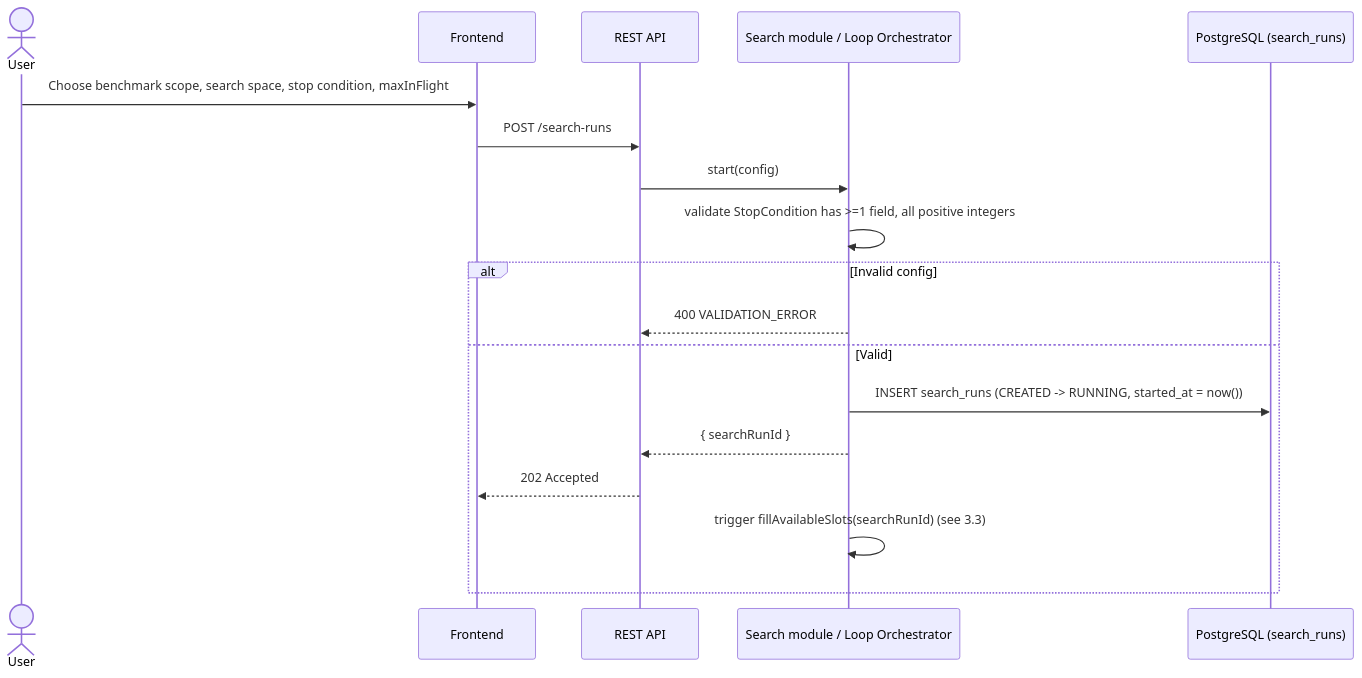
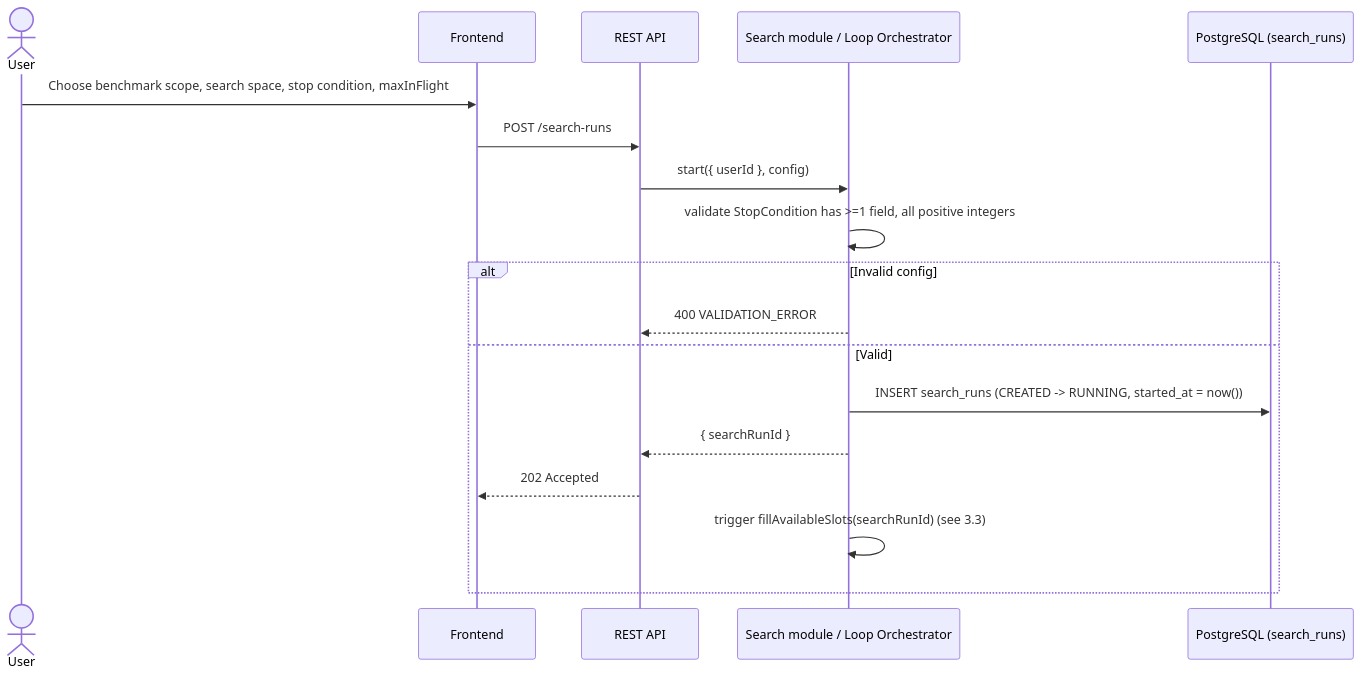
The first of 9 diagrams in openspec/specs/search-spec.md (thanhdatttt/Cryptox), drawn with Mermaid before and after one commit. The commit also changed other lines of this file and 10 other files, not shown here.

````diff
--- a/openspec/specs/search-spec.md
+++ b/openspec/specs/search-spec.md
@@ -92,21 +99,21 @@
 ```mermaid
 sequenceDiagram
     actor U as User
     participant FE as Frontend
     participant API as REST API
     participant O as Search module / Loop Orchestrator
     participant PG as PostgreSQL (search_runs)
 
     U->>FE: Choose benchmark scope, search space, stop condition, maxInFlight
     FE->>API: POST /search-runs
-    API->>O: start(config)
+    API->>O: start({ userId }, config)
     O->>O: validate StopCondition has >=1 field, all positive integers
     alt Invalid config
         O-->>API: 400 VALIDATION_ERROR
     else Valid
         O->>PG: INSERT search_runs (CREATED -> RUNNING, started_at = now())
         O-->>API: { searchRunId }
         API-->>FE: 202 Accepted
         O->>O: trigger fillAvailableSlots(searchRunId) (see 3.3)
     end
 ```
````
